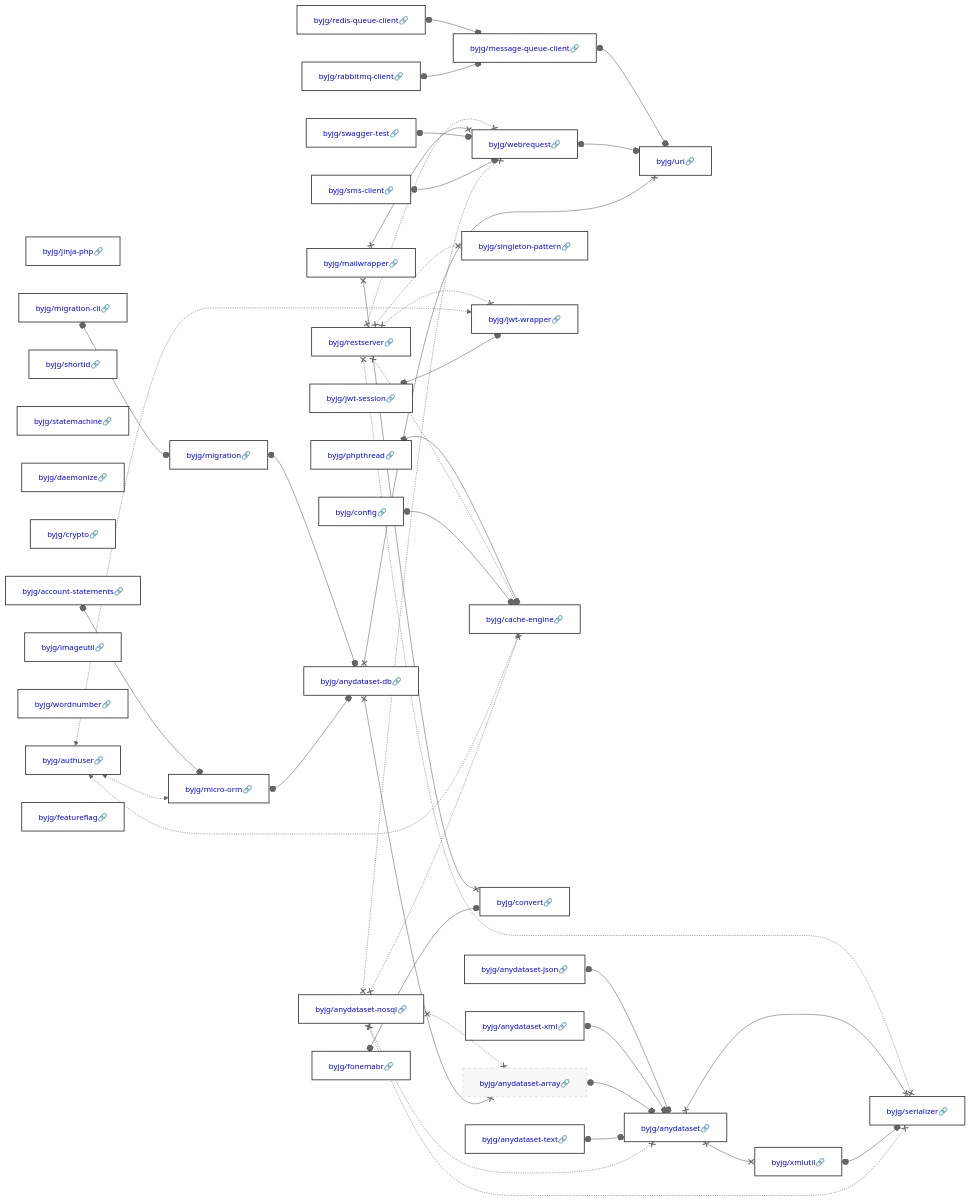
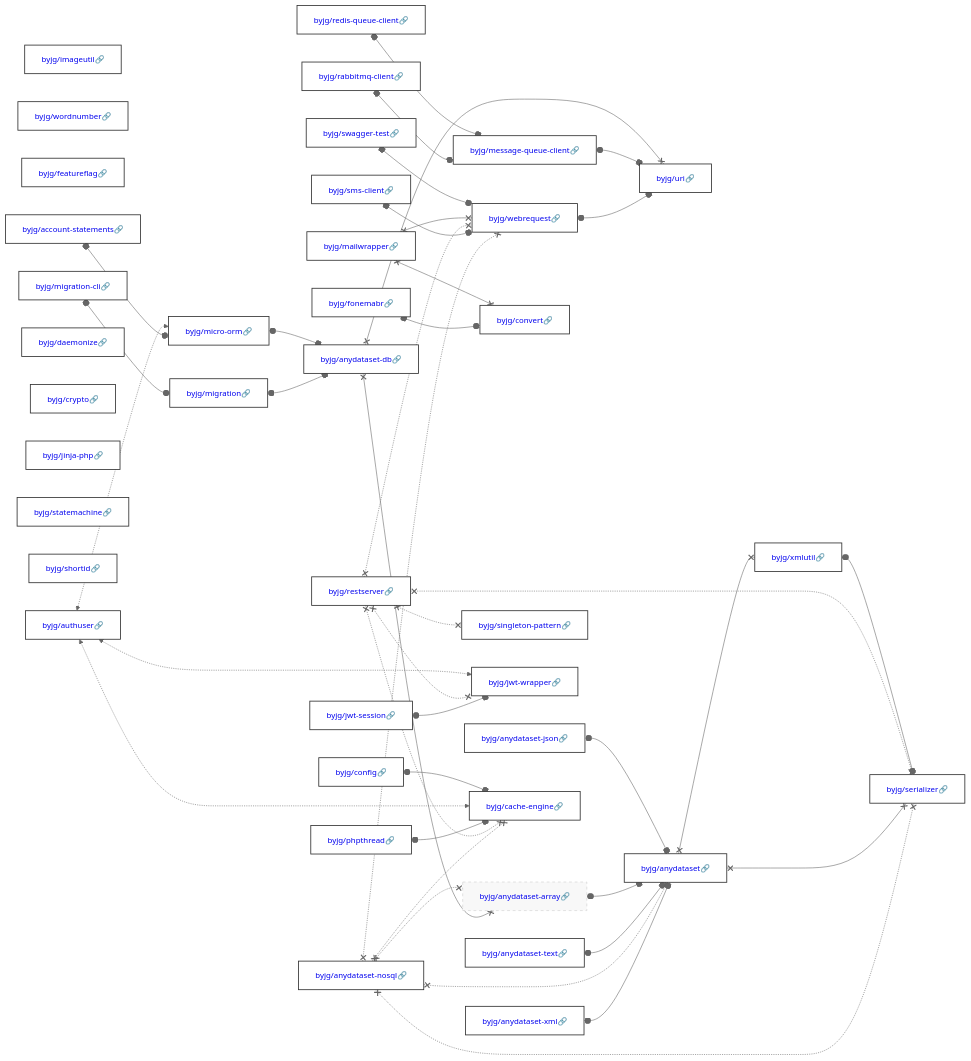
The diagram in docs/php/README.md (byjg/byjg.github.io), drawn with Mermaid (neutral theme) before and after one commit. The commit also changed other lines of this file, not shown here.

Commit message:
Update documentation 'php' 'php-migration'

````diff
--- a/docs/php/README.md
+++ b/docs/php/README.md
@@ -3,82 +3,82 @@
 ```mermaid
 graph LR;
+  byjg/imageutil[<a href='https://opensource.byjg.com/docs/php/imageutil' style='text-decoration:none'>byjg/imageutil🔗</a>];
+  byjg/wordnumber[<a href='https://opensource.byjg.com/docs/php/wordnumber' style='text-decoration:none'>byjg/wordnumber🔗</a>];
+  byjg/anydataset-json[<a href='https://opensource.byjg.com/docs/php/anydataset-json' style='text-decoration:none'>byjg/anydataset-json🔗</a>];
+  byjg/featureflag[<a href='https://opensource.byjg.com/docs/php/featureflag' style='text-decoration:none'>byjg/featureflag🔗</a>];
+  byjg/phpthread[<a href='https://opensource.byjg.com/docs/php/phpthread' style='text-decoration:none'>byjg/phpthread🔗</a>];
+  byjg/account-statements[<a href='https://opensource.byjg.com/docs/php/account-statements' style='text-decoration:none'>byjg/account-statements🔗</a>];
+  byjg/authuser[<a href='https://opensource.byjg.com/docs/php/authuser' style='text-decoration:none'>byjg/authuser🔗</a>];
+  byjg/fonemabr[<a href='https://opensource.byjg.com/docs/php/fonemabr' style='text-decoration:none'>byjg/fonemabr🔗</a>];
+  byjg/mailwrapper[<a href='https://opensource.byjg.com/docs/php/mailwrapper' style='text-decoration:none'>byjg/mailwrapper🔗</a>];
+  byjg/daemonize[<a href='https://opensource.byjg.com/docs/php/daemonize' style='text-decoration:none'>byjg/daemonize🔗</a>];
+  byjg/jwt-session[<a href='https://opensource.byjg.com/docs/php/jwt-session' style='text-decoration:none'>byjg/jwt-session🔗</a>];
+  byjg/anydataset-text[<a href='https://opensource.byjg.com/docs/php/anydataset-text' style='text-decoration:none'>byjg/anydataset-text🔗</a>];
+  byjg/config[<a href='https://opensource.byjg.com/docs/php/config' style='text-decoration:none'>byjg/config🔗</a>];
+  byjg/crypto[<a href='https://opensource.byjg.com/docs/php/crypto' style='text-decoration:none'>byjg/crypto🔗</a>];
   byjg/sms-client[<a href='https://opensource.byjg.com/docs/php/sms-client' style='text-decoration:none'>byjg/sms-client🔗</a>];
+  byjg/rabbitmq-client[<a href='https://opensource.byjg.com/docs/php/rabbitmq-client' style='text-decoration:none'>byjg/rabbitmq-client🔗</a>];
   byjg/jinja-php[<a href='https://opensource.byjg.com/docs/php/jinja-php' style='text-decoration:none'>byjg/jinja-php🔗</a>];
+  byjg/statemachine[<a href='https://opensource.byjg.com/docs/php/statemachine' style='text-decoration:none'>byjg/statemachine🔗</a>];
+  byjg/swagger-test[<a href='https://opensource.byjg.com/docs/php/swagger-test' style='text-decoration:none'>byjg/swagger-test🔗</a>];
+  byjg/redis-queue-client[<a href='https://opensource.byjg.com/docs/php/redis-queue-client' style='text-decoration:none'>byjg/redis-queue-client🔗</a>];
+  byjg/restserver[<a href='https://opensource.byjg.com/docs/php/restserver' style='text-decoration:none'>byjg/restserver🔗</a>];
+  byjg/shortid[<a href='https://opensource.byjg.com/docs/php/shortid' style='text-decoration:none'>byjg/shortid🔗</a>];
+  byjg/anydataset-nosql[<a href='https://opensource.byjg.com/docs/php/anydataset-nosql' style='text-decoration:none'>byjg/anydataset-nosql🔗</a>];
+  byjg/anydataset-xml[<a href='https://opensource.byjg.com/docs/php/anydataset-xml' style='text-decoration:none'>byjg/anydataset-xml🔗</a>];
   byjg/migration-cli[<a href='https://opensource.byjg.com/docs/php/migration-cli' style='text-decoration:none'>byjg/migration-cli🔗</a>];
-  byjg/shortid[<a href='https://opensource.byjg.com/docs/php/shortid' style='text-decoration:none'>byjg/shortid🔗</a>];
-  byjg/statemachine[<a href='https://opensource.byjg.com/docs/php/statemachine' style='text-decoration:none'>byjg/statemachine🔗</a>];
-  byjg/anydataset-json[<a href='https://opensource.byjg.com/docs/php/anydataset-json' style='text-decoration:none'>byjg/anydataset-json🔗</a>];
-  byjg/anydataset-text[<a href='https://opensource.byjg.com/docs/php/anydataset-text' style='text-decoration:none'>byjg/anydataset-text🔗</a>];
-  byjg/restserver[<a href='https://opensource.byjg.com/docs/php/restserver' style='text-decoration:none'>byjg/restserver🔗</a>];
-  byjg/fonemabr[<a href='https://opensource.byjg.com/docs/php/fonemabr' style='text-decoration:none'>byjg/fonemabr🔗</a>];
-  byjg/anydataset-xml[<a href='https://opensource.byjg.com/docs/php/anydataset-xml' style='text-decoration:none'>byjg/anydataset-xml🔗</a>];
-  byjg/config[<a href='https://opensource.byjg.com/docs/php/config' style='text-decoration:none'>byjg/config🔗</a>];
-  byjg/daemonize[<a href='https://opensource.byjg.com/docs/php/daemonize' style='text-decoration:none'>byjg/daemonize🔗</a>];
-  byjg/crypto[<a href='https://opensource.byjg.com/docs/php/crypto' style='text-decoration:none'>byjg/crypto🔗</a>];
-  byjg/authuser[<a href='https://opensource.byjg.com/docs/php/authuser' style='text-decoration:none'>byjg/authuser🔗</a>];
-  byjg/jwt-session[<a href='https://opensource.byjg.com/docs/php/jwt-session' style='text-decoration:none'>byjg/jwt-session🔗</a>];
-  byjg/imageutil[<a href='https://opensource.byjg.com/docs/php/imageutil' style='text-decoration:none'>byjg/imageutil🔗</a>];
-  byjg/phpthread[<a href='https://opensource.byjg.com/docs/php/phpthread' style='text-decoration:none'>byjg/phpthread🔗</a>];
-  byjg/redis-queue-client[<a href='https://opensource.byjg.com/docs/php/redis-queue-client' style='text-decoration:none'>byjg/redis-queue-client🔗</a>];
-  byjg/wordnumber[<a href='https://opensource.byjg.com/docs/php/wordnumber' style='text-decoration:none'>byjg/wordnumber🔗</a>];
-  byjg/anydataset-nosql[<a href='https://opensource.byjg.com/docs/php/anydataset-nosql' style='text-decoration:none'>byjg/anydataset-nosql🔗</a>];
-  byjg/swagger-test[<a href='https://opensource.byjg.com/docs/php/swagger-test' style='text-decoration:none'>byjg/swagger-test🔗</a>];
-  byjg/account-statements[<a href='https://opensource.byjg.com/docs/php/account-statements' style='text-decoration:none'>byjg/account-statements🔗</a>];
-  byjg/featureflag[<a href='https://opensource.byjg.com/docs/php/featureflag' style='text-decoration:none'>byjg/featureflag🔗</a>];
-  byjg/mailwrapper[<a href='https://opensource.byjg.com/docs/php/mailwrapper' style='text-decoration:none'>byjg/mailwrapper🔗</a>];
-  byjg/rabbitmq-client[<a href='https://opensource.byjg.com/docs/php/rabbitmq-client' style='text-decoration:none'>byjg/rabbitmq-client🔗</a>];
-  byjg/migration[<a href='https://opensource.byjg.com/docs/php/migration' style='text-decoration:none'>byjg/migration🔗</a>];
+  byjg/micro-orm[<a href='https://opensource.byjg.com/docs/php/micro-orm' style='text-decoration:none'>byjg/micro-orm🔗</a>];
+  byjg/convert[<a href='https://opensource.byjg.com/docs/php/convert' style='text-decoration:none'>byjg/convert🔗</a>];
+  byjg/message-queue-client[<a href='https://opensource.byjg.com/docs/php/message-queue-client' style='text-decoration:none'>byjg/message-queue-client🔗</a>];
   byjg/singleton-pattern[<a href='https://opensource.byjg.com/docs/php/singleton-pattern' style='text-decoration:none'>byjg/singleton-pattern🔗</a>];
   byjg/jwt-wrapper[<a href='https://opensource.byjg.com/docs/php/jwt-wrapper' style='text-decoration:none'>byjg/jwt-wrapper🔗</a>];
+  byjg/webrequest[<a href='https://opensource.byjg.com/docs/php/webrequest' style='text-decoration:none'>byjg/webrequest🔗</a>];
   byjg/cache-engine[<a href='https://opensource.byjg.com/docs/php/cache-engine' style='text-decoration:none'>byjg/cache-engine🔗</a>];
-  byjg/micro-orm[<a href='https://opensource.byjg.com/docs/php/micro-orm' style='text-decoration:none'>byjg/micro-orm🔗</a>];
-  byjg/convert[<a href='https://opensource.byjg.com/docs/php/convert' style='text-decoration:none'>byjg/convert🔗</a>];
-  byjg/webrequest[<a href='https://opensource.byjg.com/docs/php/webrequest' style='text-decoration:none'>byjg/webrequest🔗</a>];
-  byjg/message-queue-client[<a href='https://opensource.byjg.com/docs/php/message-queue-client' style='text-decoration:none'>byjg/message-queue-client🔗</a>];
+  byjg/migration[<a href='https://opensource.byjg.com/docs/php/migration' style='text-decoration:none'>byjg/migration🔗</a>];
   byjg/anydataset-db[<a href='https://opensource.byjg.com/docs/php/anydataset-db' style='text-decoration:none'>byjg/anydataset-db🔗</a>];
   byjg/anydataset-array[<a href='https://opensource.byjg.com/docs/php/anydataset-array' style='text-decoration:none'>byjg/anydataset-array🔗</a>];
   byjg/uri[<a href='https://opensource.byjg.com/docs/php/uri' style='text-decoration:none'>byjg/uri🔗</a>];
   byjg/anydataset[<a href='https://opensource.byjg.com/docs/php/anydataset' style='text-decoration:none'>byjg/anydataset🔗</a>];
   byjg/xmlutil[<a href='https://opensource.byjg.com/docs/php/xmlutil' style='text-decoration:none'>byjg/xmlutil🔗</a>];
   byjg/serializer[<a href='https://opensource.byjg.com/docs/php/serializer' style='text-decoration:none'>byjg/serializer🔗</a>];
-  byjg/phpthread o--o byjg/cache-engine;
+  byjg/jwt-session o--o byjg/jwt-wrapper;
+  byjg/webrequest o--o byjg/uri;
+  byjg/migration o--o byjg/anydataset-db;
+  byjg/message-queue-client o--o byjg/uri;
+  byjg/anydataset-xml o--o byjg/anydataset;
+  byjg/anydataset-db x--x byjg/anydataset-array;
+  byjg/anydataset-db x--x byjg/uri;
+  byjg/micro-orm o--o byjg/anydataset-db;
+  byjg/anydataset-nosql x-.-x byjg/anydataset;
+  byjg/anydataset-nosql x-.-x byjg/anydataset-array;
+  byjg/anydataset-nosql x-.-x byjg/serializer;
+  byjg/anydataset-nosql x-.-x byjg/webrequest;
+  byjg/anydataset-nosql x-.-x byjg/cache-engine;
+  byjg/sms-client o--o byjg/webrequest;
+  byjg/rabbitmq-client o--o byjg/message-queue-client;
+  byjg/anydataset x--x byjg/serializer;
+  byjg/anydataset x--x byjg/xmlutil;
+  byjg/fonemabr o--o byjg/convert;
+  byjg/account-statements o--o byjg/micro-orm;
+  byjg/migration-cli o--o byjg/migration;
   byjg/restserver x-.-x byjg/serializer;
   byjg/restserver x-.-x byjg/singleton-pattern;
   byjg/restserver x-.-x byjg/cache-engine;
   byjg/restserver x-.-x byjg/webrequest;
   byjg/restserver x-.-x byjg/jwt-wrapper;
-  byjg/message-queue-client o--o byjg/uri;
-  byjg/migration-cli o--o byjg/migration;
-  byjg/anydataset-json o--o byjg/anydataset;
+  byjg/phpthread o--o byjg/cache-engine;
+  byjg/xmlutil o--o byjg/serializer;
   byjg/mailwrapper x--x byjg/convert;
   byjg/mailwrapper x--x byjg/webrequest;
-  byjg/swagger-test o--o byjg/webrequest;
-  byjg/fonemabr o--o byjg/convert;
-  byjg/redis-queue-client o--o byjg/message-queue-client;
-  byjg/migration o--o byjg/anydataset-db;
-  byjg/anydataset-xml o--o byjg/anydataset;
+  byjg/anydataset-text o--o byjg/anydataset;
   byjg/anydataset-array o--o byjg/anydataset;
-  byjg/config o--o byjg/cache-engine;
-  byjg/sms-client o--o byjg/webrequest;
-  byjg/webrequest o--o byjg/uri;
-  byjg/anydataset-text o--o byjg/anydataset;
-  byjg/anydataset x--x byjg/serializer;
-  byjg/anydataset x--x byjg/xmlutil;
-  byjg/xmlutil o--o byjg/serializer;
-  byjg/account-statements o--o byjg/micro-orm;
-  byjg/rabbitmq-client o--o byjg/message-queue-client;
-  byjg/micro-orm o--o byjg/anydataset-db;
   byjg/authuser <-.-> byjg/micro-orm;
   byjg/authuser <-.-> byjg/cache-engine;
   byjg/authuser <-.-> byjg/jwt-wrapper;
-  byjg/anydataset-nosql x-.-x byjg/anydataset;
-  byjg/anydataset-nosql x-.-x byjg/anydataset-array;
-  byjg/anydataset-nosql x-.-x byjg/serializer;
-  byjg/anydataset-nosql x-.-x byjg/webrequest;
-  byjg/anydataset-nosql x-.-x byjg/cache-engine;
-  byjg/anydataset-db x--x byjg/anydataset-array;
-  byjg/anydataset-db x--x byjg/uri;
-  byjg/jwt-session o--o byjg/jwt-wrapper;
+  byjg/config o--o byjg/cache-engine;
+  byjg/swagger-test o--o byjg/webrequest;
+  byjg/anydataset-json o--o byjg/anydataset;
+  byjg/redis-queue-client o--o byjg/message-queue-client;
   classDef default fill:#ffffff,stroke:#333,stroke-width:1.5px,color:#000,font-size:14px;
   classDef highlight fill:#ffef96,stroke:#ff9900,stroke-width:3px;
   classDef deprecated fill:#f8f8f8,stroke:#cccccc,stroke-dasharray: 5 5,stroke-width:1px,color:#999;
````
